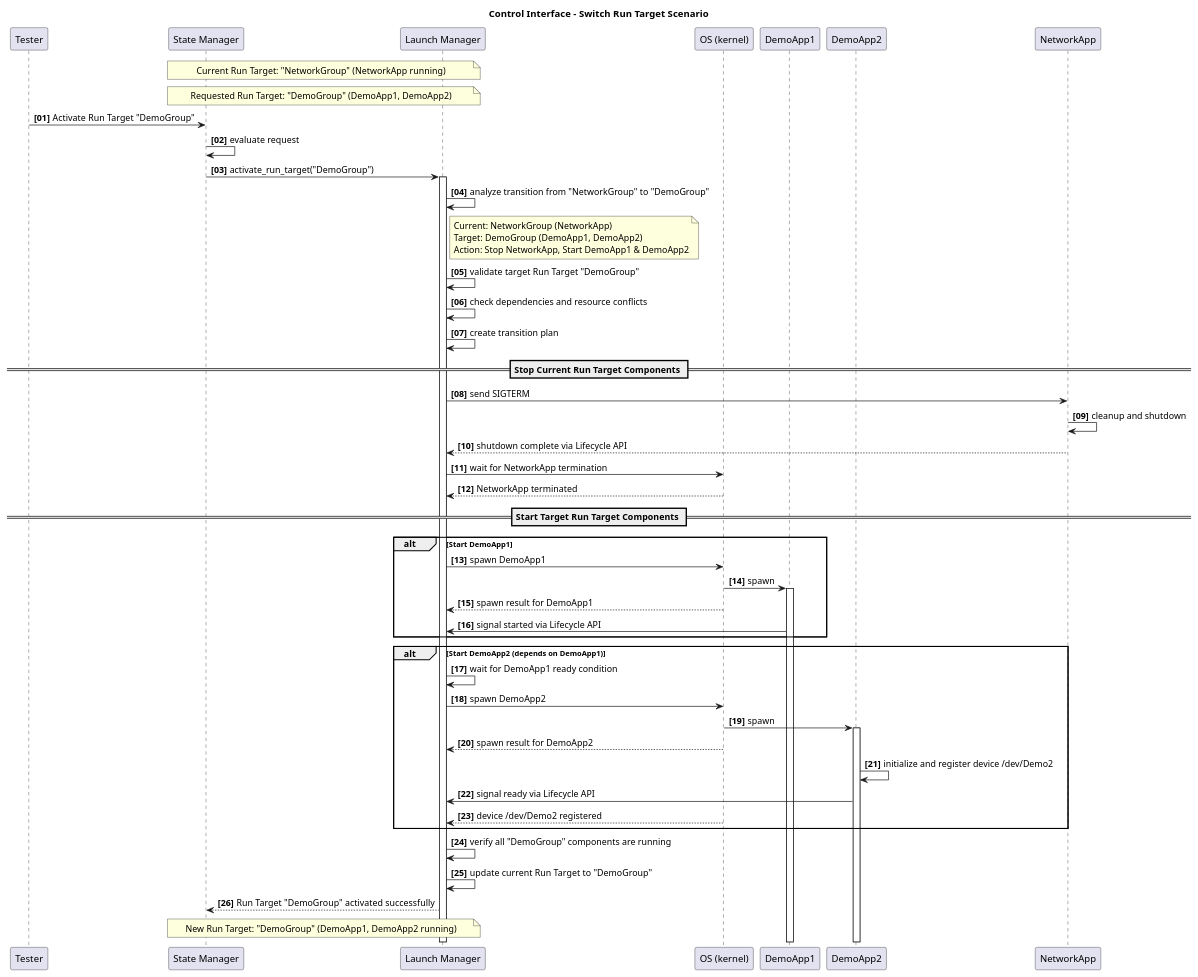
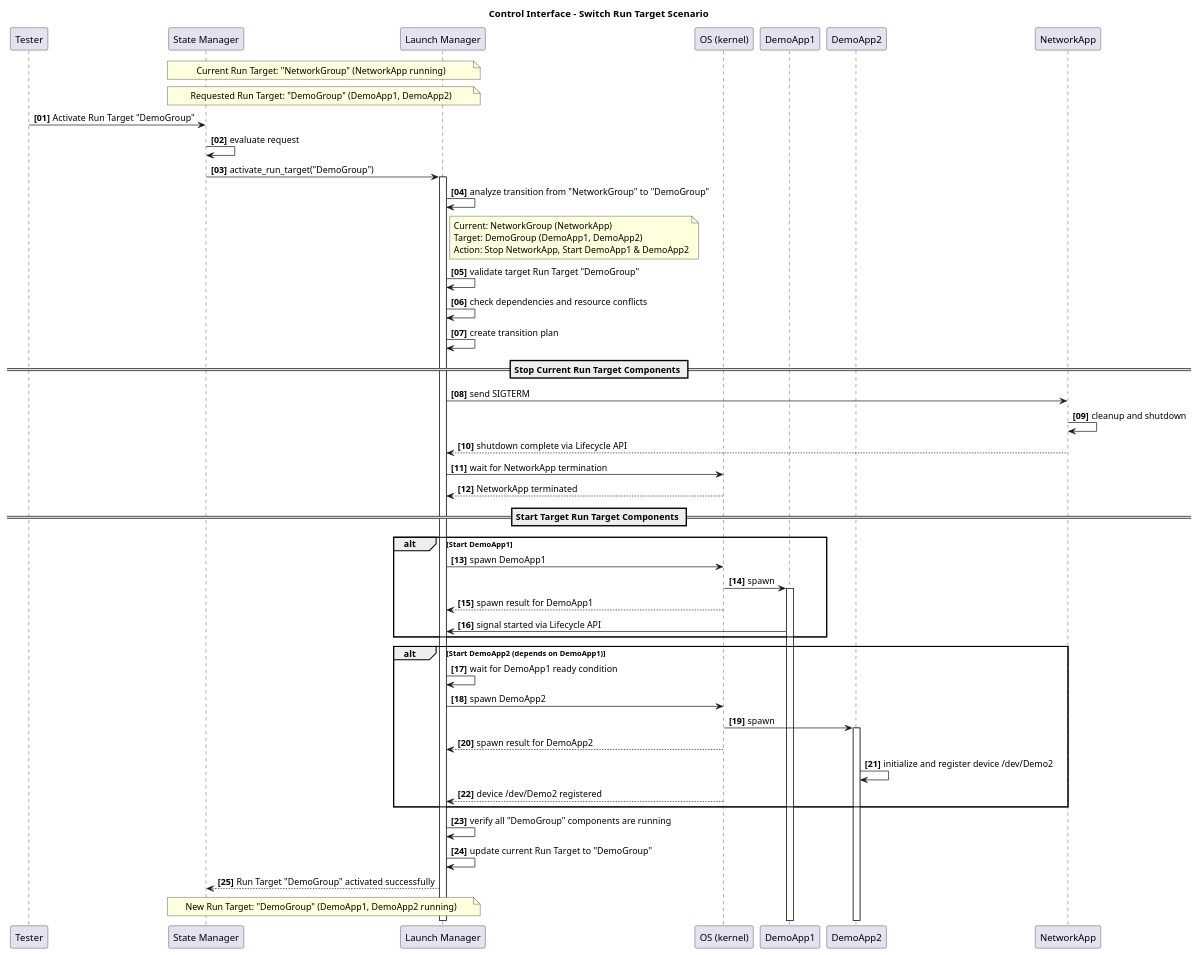
Before and after one commit to eclipse-score/lifecycle: the diagram in docs/features/lifecycle/architecture/_assets/control_interface_switch_sequence.puml, drawn with PlantUML. The commit also changed 12 other files, not shown here.

Commit message:
Sequence diagrams update

```diff
--- a/docs/features/lifecycle/architecture/_assets/control_interface_switch_sequence.puml
+++ b/docs/features/lifecycle/architecture/_assets/control_interface_switch_sequence.puml
@@ -14,63 +14,62 @@
 @startuml
 title Control Interface - Switch Run Target Scenario
 
 autonumber "<b>[00]"
 
 participant "Tester" as Tester
 participant "State Manager" as SM
 participant "Launch Manager" as LM
 participant "OS (kernel)" as kernel
 participant "DemoApp1" as DemoApp1
 participant "DemoApp2" as DemoApp2
 participant "NetworkApp" as NetworkApp
 
 note over SM, LM: Current Run Target: "NetworkGroup" (NetworkApp running)
 note over SM, LM: Requested Run Target: "DemoGroup" (DemoApp1, DemoApp2)
 
 Tester -> SM: Activate Run Target "DemoGroup"
 SM -> SM: evaluate request
 SM -> LM: activate_run_target("DemoGroup")
 activate LM
 
 LM -> LM: analyze transition from "NetworkGroup" to "DemoGroup"
 note right of LM: Current: NetworkGroup (NetworkApp)\nTarget: DemoGroup (DemoApp1, DemoApp2)\nAction: Stop NetworkApp, Start DemoApp1 & DemoApp2
 
 LM -> LM: validate target Run Target "DemoGroup"
 LM -> LM: check dependencies and resource conflicts
 LM -> LM: create transition plan
 
 == Stop Current Run Target Components ==
 LM -> NetworkApp: send SIGTERM
 NetworkApp -> NetworkApp: cleanup and shutdown
 NetworkApp --> LM: shutdown complete via Lifecycle API
 LM -> kernel: wait for NetworkApp termination
 kernel --> LM: NetworkApp terminated
 
 == Start Target Run Target Components ==
 alt Start DemoApp1
     LM -> kernel: spawn DemoApp1
     kernel -> DemoApp1: spawn
     activate DemoApp1
     kernel --> LM: spawn result for DemoApp1
     DemoApp1 -> LM: signal started via Lifecycle API
 end
 
 alt Start DemoApp2 (depends on DemoApp1)
     LM -> LM: wait for DemoApp1 ready condition
     LM -> kernel: spawn DemoApp2
     kernel -> DemoApp2: spawn
     activate DemoApp2
     kernel --> LM: spawn result for DemoApp2
     
     DemoApp2 -> DemoApp2: initialize and register device /dev/Demo2
-    DemoApp2 -> LM: signal ready via Lifecycle API
     kernel --> LM: device /dev/Demo2 registered
 end
 
 LM -> LM: verify all "DemoGroup" components are running
 LM -> LM: update current Run Target to "DemoGroup"
 LM --> SM: Run Target "DemoGroup" activated successfully
 
 note over SM, LM: New Run Target: "DemoGroup" (DemoApp1, DemoApp2 running)
 
 @enduml
```
